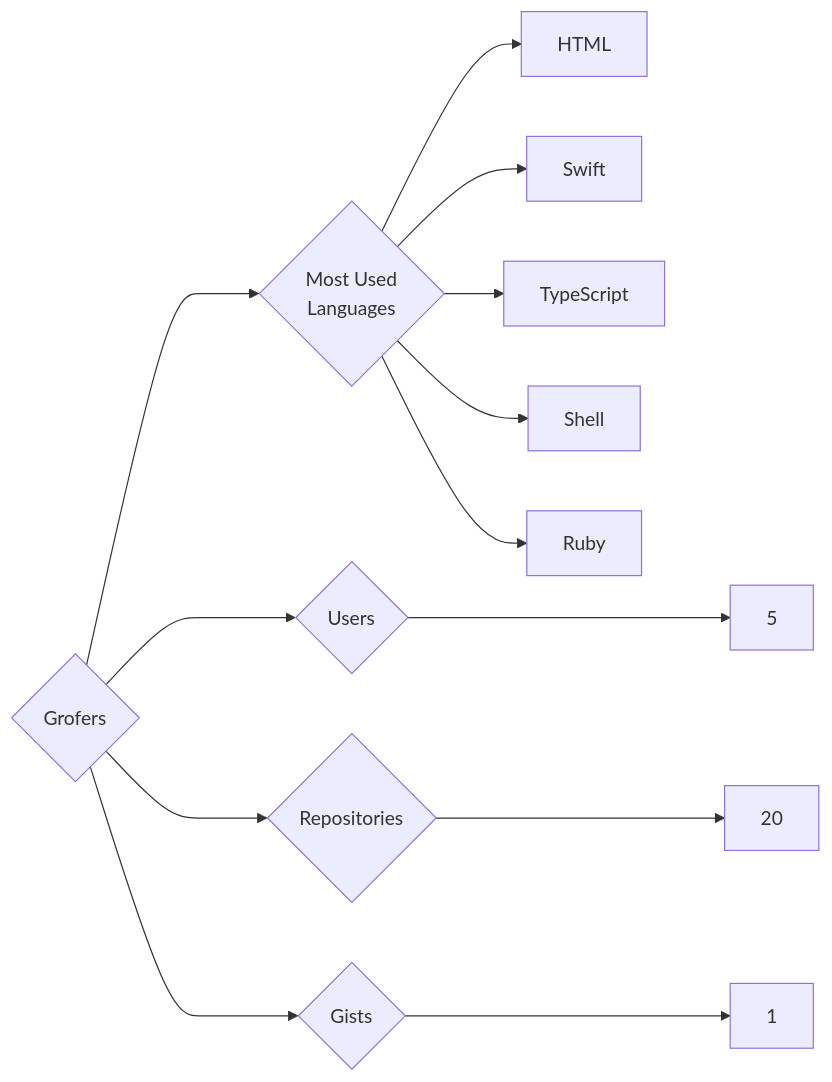
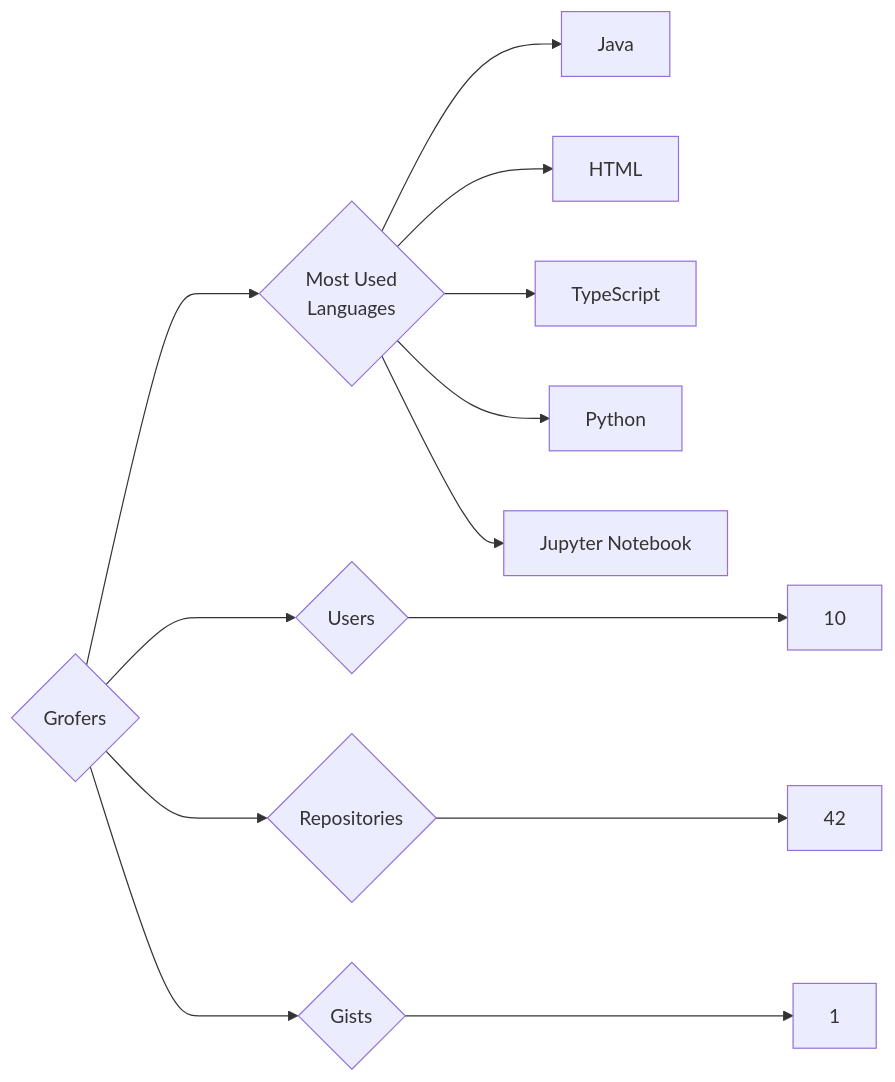
One commit to trickest/insiders changed the diagram in targets/Grofers/README.md. Above: the diagram before and after it, drawn with Mermaid. The commit also changed 1089 other files, not shown here.

````diff
--- a/targets/Grofers/README.md
+++ b/targets/Grofers/README.md
@@ -3,13 +3,13 @@
 ```mermaid
 graph LR
 COMPANY_NAME{Grofers}
-COMPANY_NAME ---> U{Users} ---> UN[5]
-COMPANY_NAME ---> R{Repositories} ---> RN[20]
+COMPANY_NAME ---> U{Users} ---> UN[10]
+COMPANY_NAME ---> R{Repositories} ---> RN[42]
 COMPANY_NAME ---> G{Gists} ---> GN[1]
 COMPANY_NAME ---> ML{Most Used<br>Languages}
+ML --> Java[Java]
 ML --> HTML[HTML]
-ML --> Swift[Swift]
 ML --> TypeScript[TypeScript]
-ML --> Shell[Shell]
-ML --> Ruby[Ruby]
+ML --> Python[Python]
+ML --> Jupyter_Notebook[Jupyter Notebook]
 ```
````
